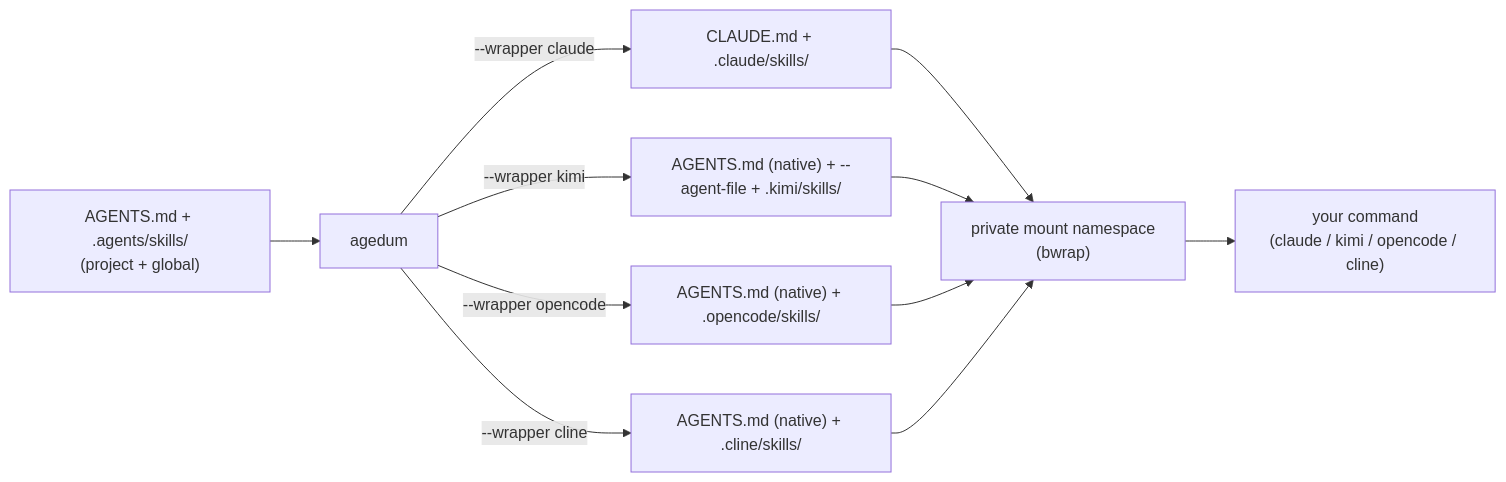
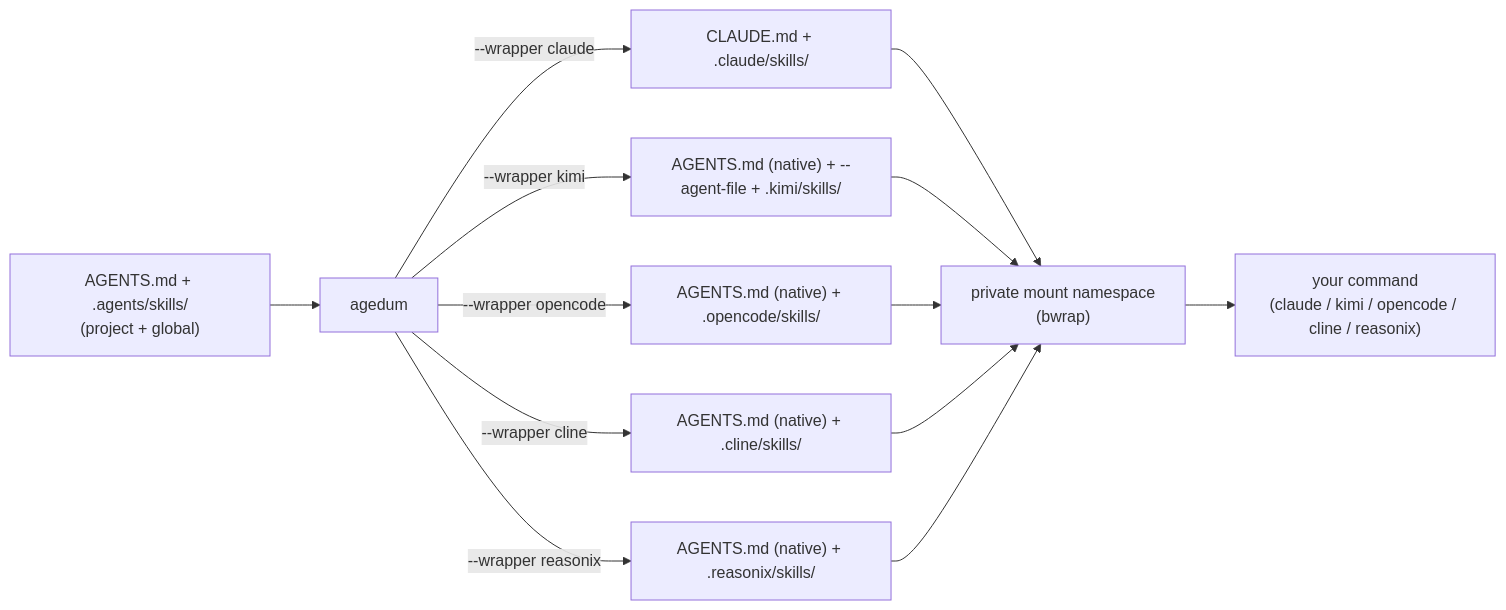
Before and after one commit to vcoeur/agedum: the diagram in docs/index.md, drawn with Mermaid. The commit also changed other lines of this file and 16 other files, not shown here.

First line of the commit message:
Add reasonix harness (wrapper + provider + --prompt/--run)

````diff
--- a/docs/index.md
+++ b/docs/index.md
@@ -61,13 +61,15 @@
 ```mermaid
 flowchart LR
   src["AGENTS.md + .agents/skills/<br/>(project + global)"] --> agedum
   agedum -->|"--wrapper claude"| cl["CLAUDE.md + .claude/skills/"]
   agedum -->|"--wrapper kimi"| ki["AGENTS.md (native) + --agent-file + .kimi/skills/"]
   agedum -->|"--wrapper opencode"| oc["AGENTS.md (native) + .opencode/skills/"]
   agedum -->|"--wrapper cline"| cln["AGENTS.md (native) + .cline/skills/"]
+  agedum -->|"--wrapper reasonix"| rx["AGENTS.md (native) + .reasonix/skills/"]
   cl --> ns["private mount namespace<br/>(bwrap)"]
   ki --> ns
   oc --> ns
   cln --> ns
-  ns --> cmd["your command<br/>(claude / kimi / opencode / cline)"]
+  rx --> ns
+  ns --> cmd["your command<br/>(claude / kimi / opencode / cline / reasonix)"]
 ```
````
